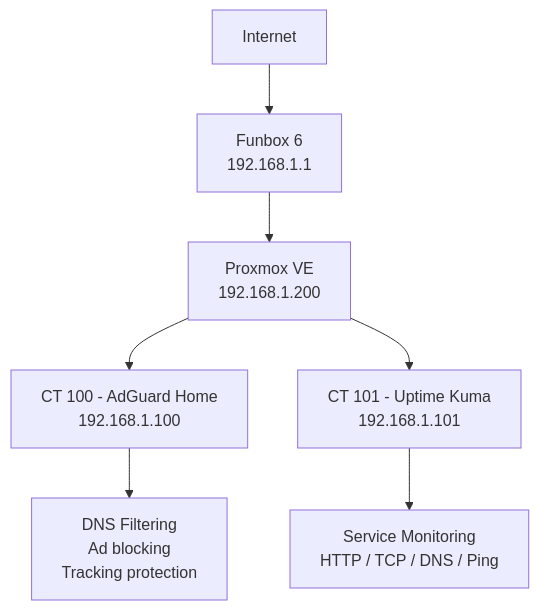
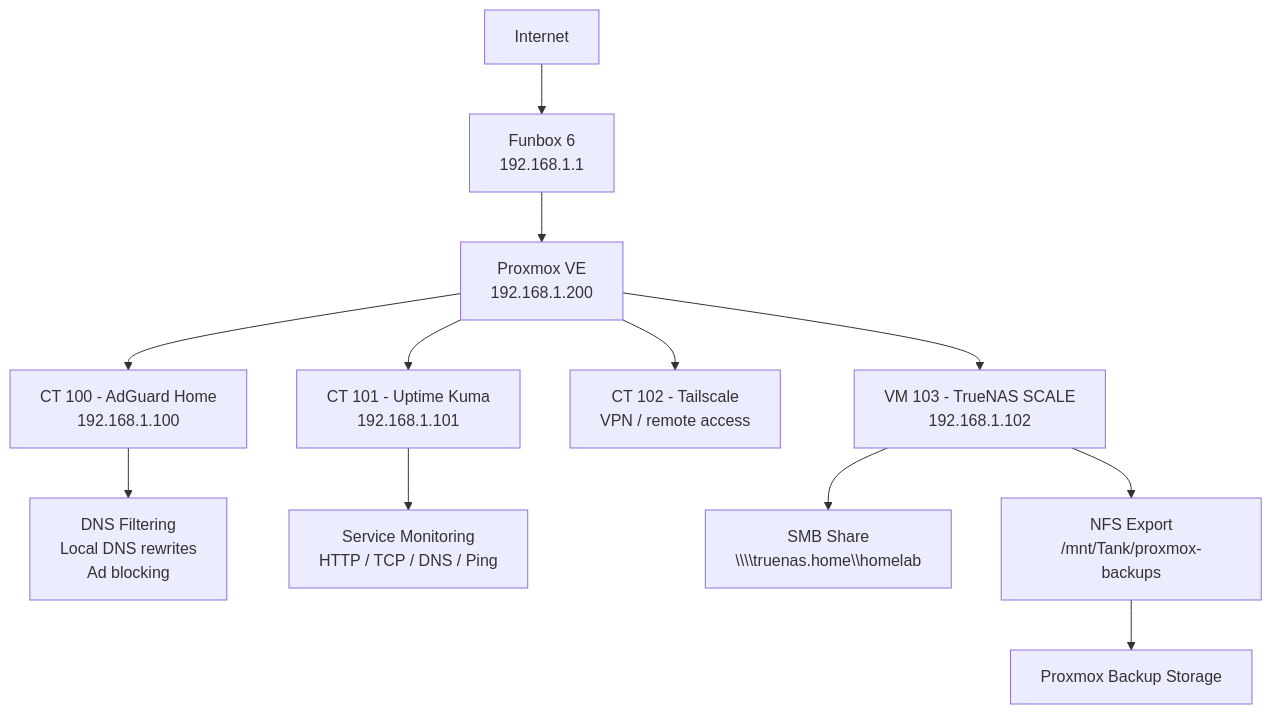
Before and after one commit to hub3rthustler/Homelab: the diagram in README.md, drawn with Mermaid. The commit also changed other lines of this file, not shown here.

First line of the commit message:
README with project details and TrueNAS info

````diff
--- a/README.md
+++ b/README.md
@@ -37,11 +40,16 @@
 ```mermaid
 flowchart TD
     Internet[Internet] --> Router[Funbox 6\n192.168.1.1]
     Router --> Proxmox[Proxmox VE\n192.168.1.200]
 
     Proxmox --> CT100[CT 100 - AdGuard Home\n192.168.1.100]
     Proxmox --> CT101[CT 101 - Uptime Kuma\n192.168.1.101]
+    Proxmox --> CT102[CT 102 - Tailscale\nVPN / remote access]
+    Proxmox --> VM103[VM 103 - TrueNAS SCALE\n192.168.1.102]
 
-    CT100 --> DNS[DNS Filtering\nAd blocking\nTracking protection]
+    CT100 --> DNS[DNS Filtering\nLocal DNS rewrites\nAd blocking]
     CT101 --> Monitoring[Service Monitoring\nHTTP / TCP / DNS / Ping]
+    VM103 --> SMB[SMB Share\n\\\\truenas.home\\homelab]
+    VM103 --> NFS[NFS Export\n/mnt/Tank/proxmox-backups]
+    NFS --> Backups[Proxmox Backup Storage]
 ```
````
